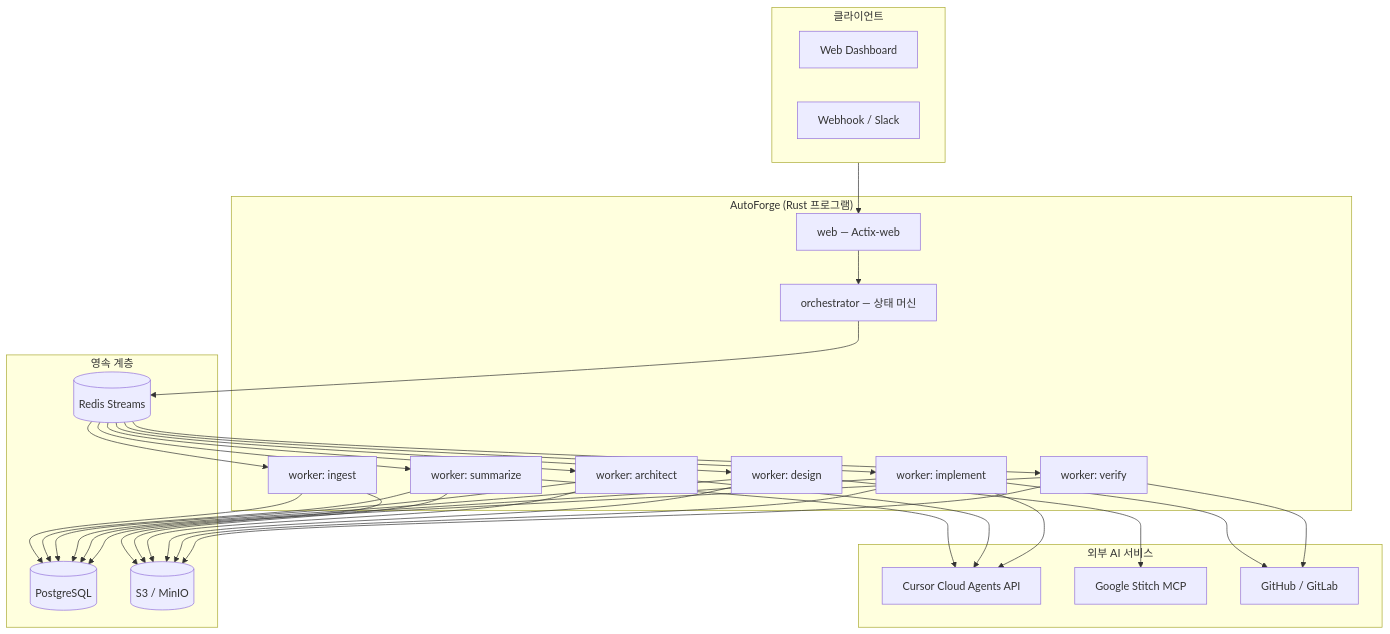
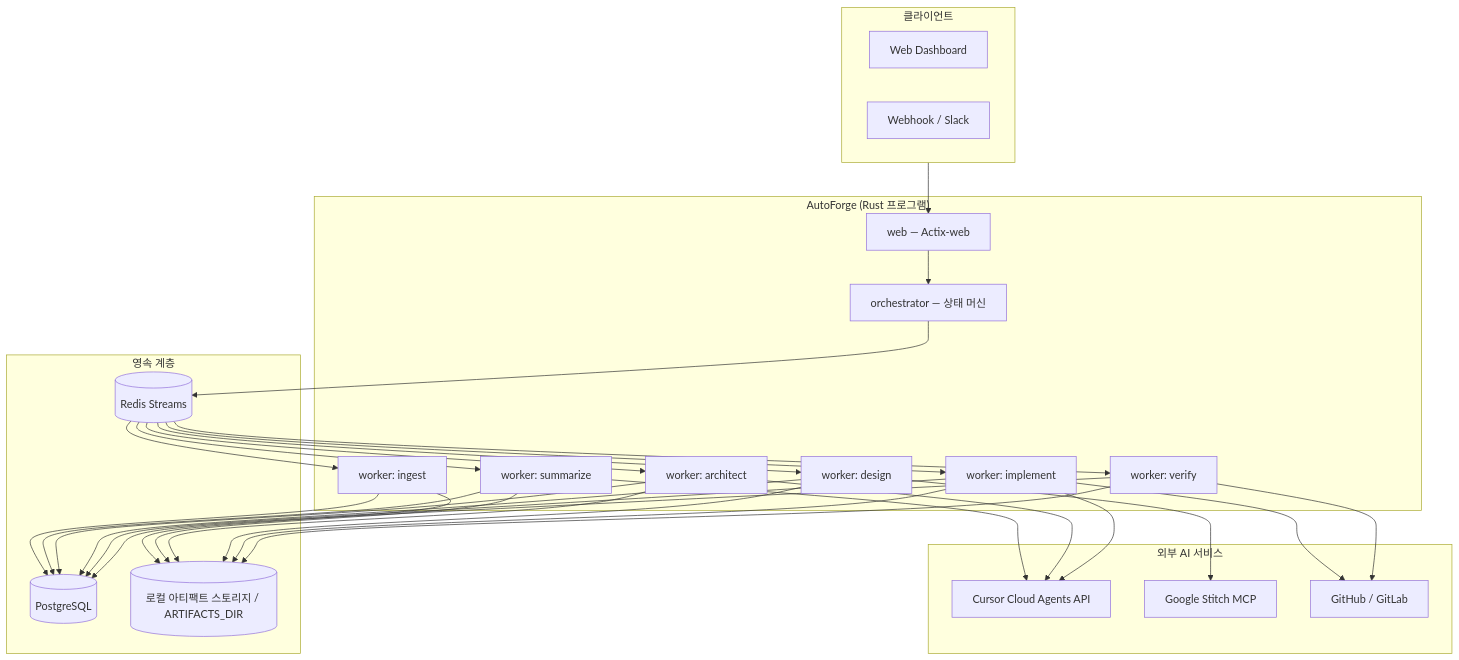
One commit to Helloworld0822/Forgeflow changed the diagram in docs/ARCHITECTURE.md. Above: the diagram before and after it, drawn with Mermaid. The commit also changed other lines of this file and 24 other files, not shown here.

````diff
--- a/docs/ARCHITECTURE.md
+++ b/docs/ARCHITECTURE.md
@@ -18,40 +18,40 @@
 ```mermaid
 flowchart TB
     subgraph Client["클라이언트"]
         Web[Web Dashboard]
         Webhook[Webhook / Slack]
     end
 
     subgraph AutoForge["AutoForge (Rust 프로그램)"]
         API[web — Actix-web]
         ORC[orchestrator — 상태 머신]
         W1[worker: ingest]
         W2[worker: summarize]
         W3[worker: architect]
         W4[worker: design]
         W5[worker: implement]
         W6[worker: verify]
     end
 
     subgraph Storage["영속 계층"]
         PG[(PostgreSQL)]
         RD[(Redis Streams)]
-        S3[(S3 / MinIO)]
+        S3[(로컬 아티팩트 스토리지 / ARTIFACTS_DIR)]
     end
 
     subgraph External["외부 AI 서비스"]
         Cursor[Cursor Cloud Agents API]
         Stitch[Google Stitch MCP]
         GH[GitHub / GitLab]
     end
 
     Client --> API
     API --> ORC
     ORC --> RD
     RD --> W1 & W2 & W3 & W4 & W5 & W6
     W1 & W2 & W3 & W4 & W5 & W6 --> PG
     W1 & W2 & W3 & W4 & W5 & W6 --> S3
     W2 & W3 & W5 --> Cursor
     W4 --> Stitch
     W5 & W6 --> GH
 ```
````
